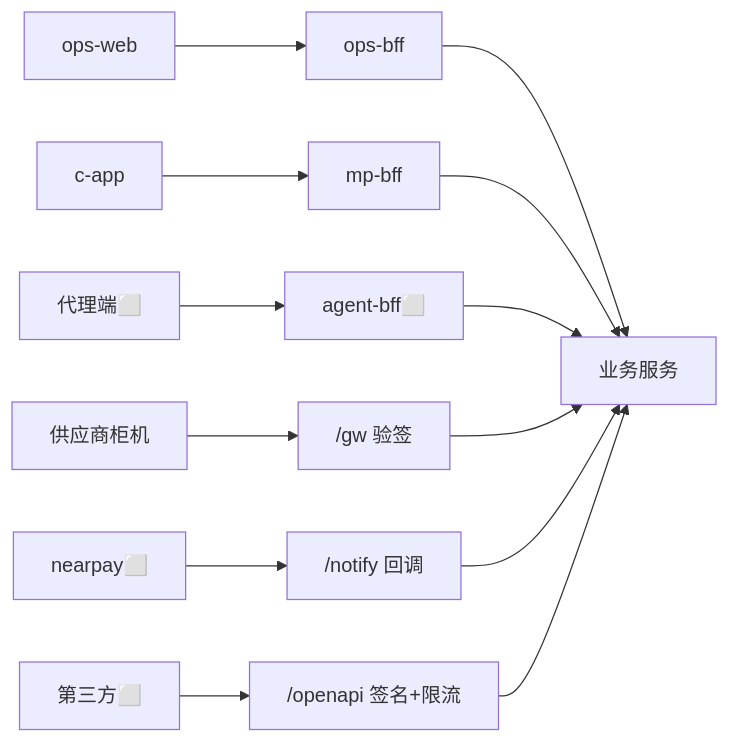
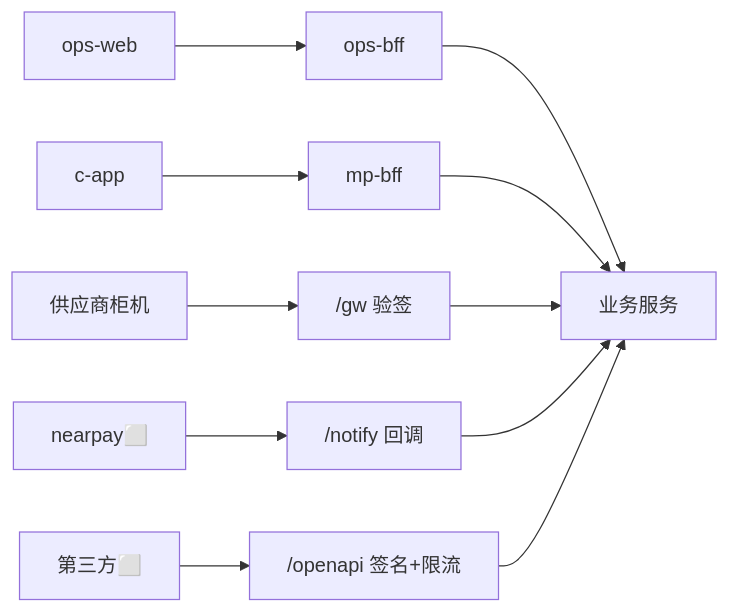
One commit to robinwu2021-code/sharehub changed the third of 12 diagrams in docs/technical/架构图.md. Above: the diagram before and after it, drawn with Mermaid. The commit also changed other lines of this file and 3 other files, not shown here.

First line of the commit message:
docs: 代理端定案为 ops-web 角色视图 + 接口清单按端整理

````diff
--- a/docs/technical/架构图.md
+++ b/docs/technical/架构图.md
@@ -91,16 +91,14 @@
 ```mermaid
 %%{init: {'theme':'base','themeVariables':{'fontSize':'20px','fontFamily':"'PingFang SC','Microsoft YaHei',-apple-system,'Segoe UI',sans-serif",'primaryColor':'#ffffff','primaryTextColor':'#12181b','primaryBorderColor':'#0f7173','lineColor':'#5b6b6d','secondaryColor':'#eef4f4','tertiaryColor':'#f6f8f8'},'flowchart':{'padding':14,'nodeSpacing':55,'rankSpacing':60},'sequence':{'actorFontSize':18,'noteFontSize':17,'messageFontSize':17}}}%%
 flowchart LR
   OW["ops-web"] --> OB["ops-bff"]
   CA["c-app"] --> MB["mp-bff"]
-  AG["代理端⬜"] --> AB["agent-bff⬜"]
   VD["供应商柜机"] --> GW["/gw 验签"]
   NP["nearpay⬜"] --> NT["/notify 回调"]
   TP["第三方⬜"] --> OA["/openapi 签名+限流"]
   OB --> SVC["业务服务"]
   MB --> SVC
-  AB --> SVC
   GW --> SVC
   NT --> SVC
   OA --> SVC
 ```
````
